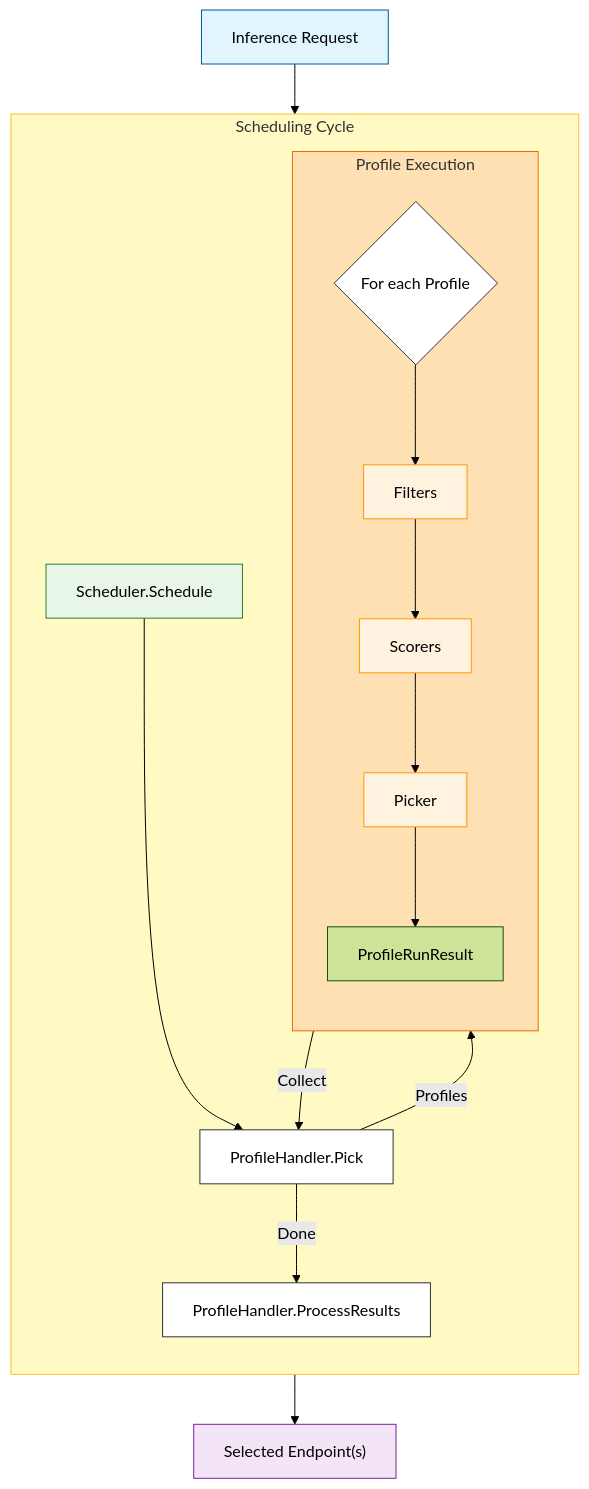
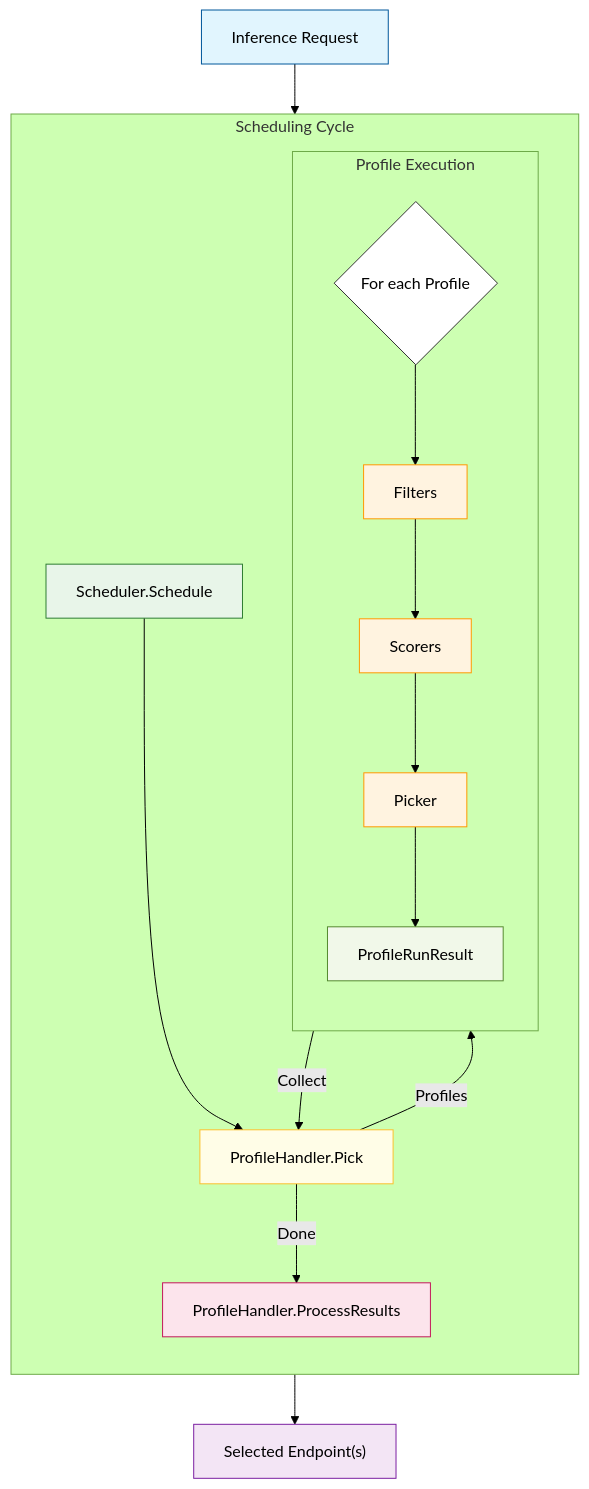
Before and after one commit to ahg-g/llm-d: the first of 2 diagrams in docs/wip-docs-new/architecture/core/epp/scheduling.md, drawn with Mermaid (forest theme).

Commit message:
update the diagram

````diff
--- a/docs/wip-docs-new/architecture/core/epp/scheduling.md
+++ b/docs/wip-docs-new/architecture/core/epp/scheduling.md
@@ -9,36 +9,35 @@
 ```mermaid
 flowchart TD
     Req[Inference Request] --> S[Scheduler.Schedule]
     
     subgraph Cycle [Scheduling Cycle]
         direction TD
         S --> Pick[ProfileHandler.Pick]
         Pick -->|Profiles| Loop{For each Profile}
         
         subgraph Exec [Profile Execution]
             direction TD
             Loop --> Filters[Filters]
             Filters --> Scorers[Scorers]
             Scorers --> Picker[Picker]
             Picker --> Result[ProfileRunResult]
         end
         
         Result -->|Collect| Pick
         Pick -->|Done| PRs[ProfileHandler.ProcessResults]
     end
     
     PRs --> Target["Selected Endpoint(s)"]
 
     %% Styling
     style Req fill:#e1f5fe,stroke:#01579b
     style S fill:#e8f5e9,stroke:#2e7d32
-    style Cycle fill:#fff9c4,stroke:#fbc02d
-    style Exec fill:#ffe0b2,stroke:#ef6c00
+    style Pick fill:#fffde7,stroke:#fbc02d
+    style Loop fill:#fff,stroke:#333
     style Filters fill:#fff3e0,stroke:#ff9800
     style Scorers fill:#fff3e0,stroke:#ff9800
     style Picker fill:#fff3e0,stroke:#ff9800
+    style Result fill:#f1f8e9,stroke:#558b2f
+    style PRs fill:#fce4ec,stroke:#c2185b
     style Target fill:#f3e5f5,stroke:#7b1fa2
-    style Loop fill:#fff,stroke:#333
-    style Pick fill:#fff,stroke:#333
-    style PRs fill:#fff,stroke:#333
 ```
````
